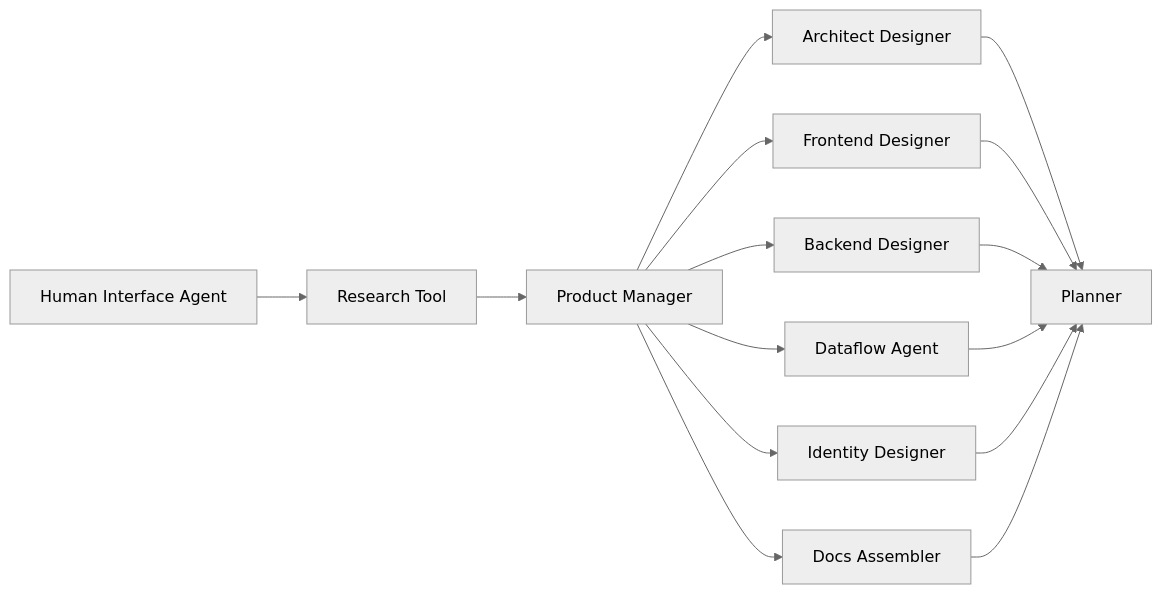
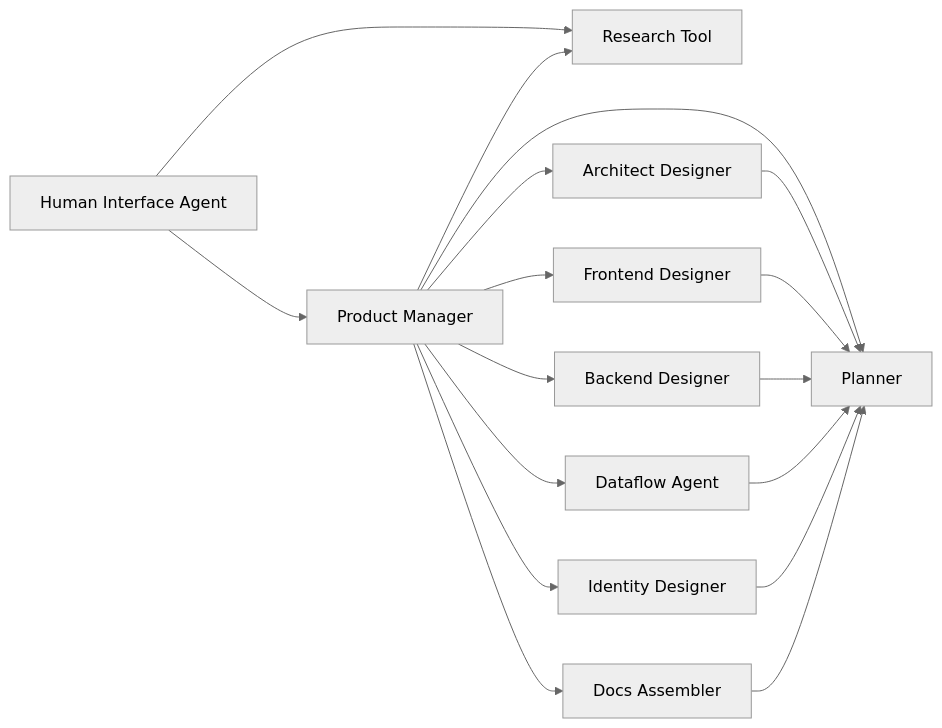
One commit to hometechhq/APT changed the diagram in docs/workflows/design-n8n.md. Above: the diagram before and after it, drawn with Mermaid (neutral theme). The commit also changed other lines of this file, not shown here.

````diff
--- a/docs/workflows/design-n8n.md
+++ b/docs/workflows/design-n8n.md
@@ -4,17 +4,19 @@
 ```mermaid
 flowchart LR
     HI[Human Interface Agent] --> RT[Research Tool]
-    RT --> PM[Product Manager]
+    HI --> PM[Product Manager]
+    PM --> RT
     PM --> ARCH[Architect Designer]
     PM --> FE[Frontend Designer]
     PM --> BE[Backend Designer]
     PM --> DATA[Dataflow Agent]
     PM --> ID[Identity Designer]
     PM --> DOCS[Docs Assembler]
+    PM --> PL[Planner]
     ARCH --> PL[Planner]
     FE --> PL
     BE --> PL
     DATA --> PL
     ID --> PL
     DOCS --> PL
 ```
````
